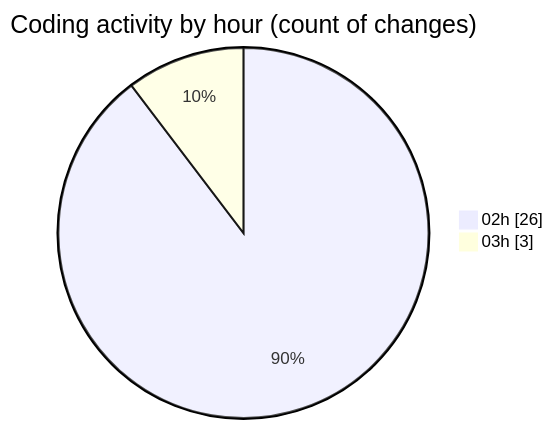
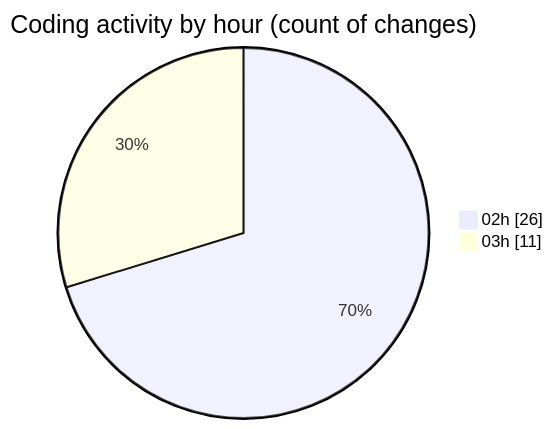
Before and after one commit to charlie-sans/code-tracking: the second of 2 diagrams in 2025-02-22/micros/README.md, drawn with Mermaid. The commit also changed other lines of this file and 1 other file, not shown here.

````diff
--- a/2025-02-22/micros/README.md
+++ b/2025-02-22/micros/README.md
@@ -35,6 +36,6 @@
 ```mermaid
 pie showData
 title Coding activity by hour (count of changes)
 "02h" : 26
-"03h" : 3
+"03h" : 11
 ```
````
